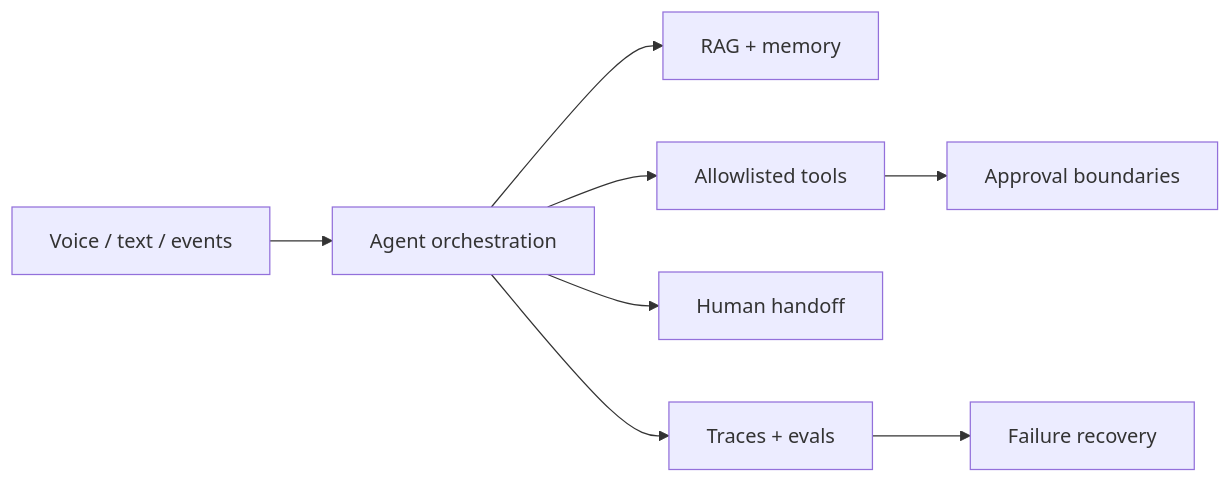
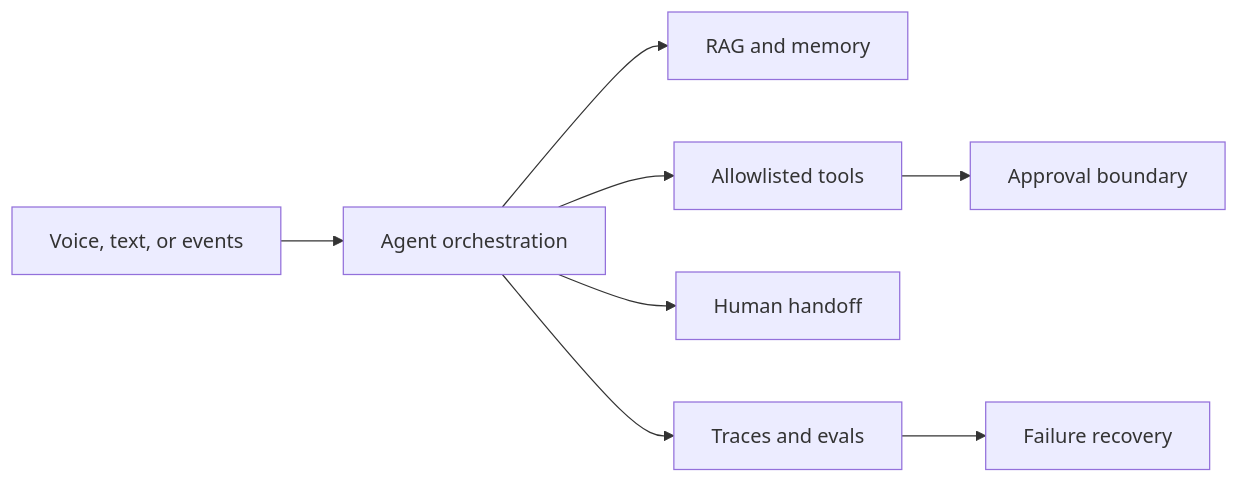
Before and after one commit to AbuElNour/AbuElNour: the diagram in README.md, drawn with Mermaid. The commit also changed other lines of this file and 1 other file, not shown here.

````diff
--- a/README.md
+++ b/README.md
@@ -19,10 +21,10 @@
 ```mermaid
 flowchart LR
-  I["Voice / text / events"] --> O["Agent orchestration"]
-  O --> R["RAG + memory"]
+  I["Voice, text, or events"] --> O["Agent orchestration"]
+  O --> R["RAG and memory"]
   O --> T["Allowlisted tools"]
-  T --> A["Approval boundaries"]
+  T --> A["Approval boundary"]
   O --> H["Human handoff"]
-  O --> X["Traces + evals"]
+  O --> X["Traces and evals"]
   X --> F["Failure recovery"]
 ```
````
